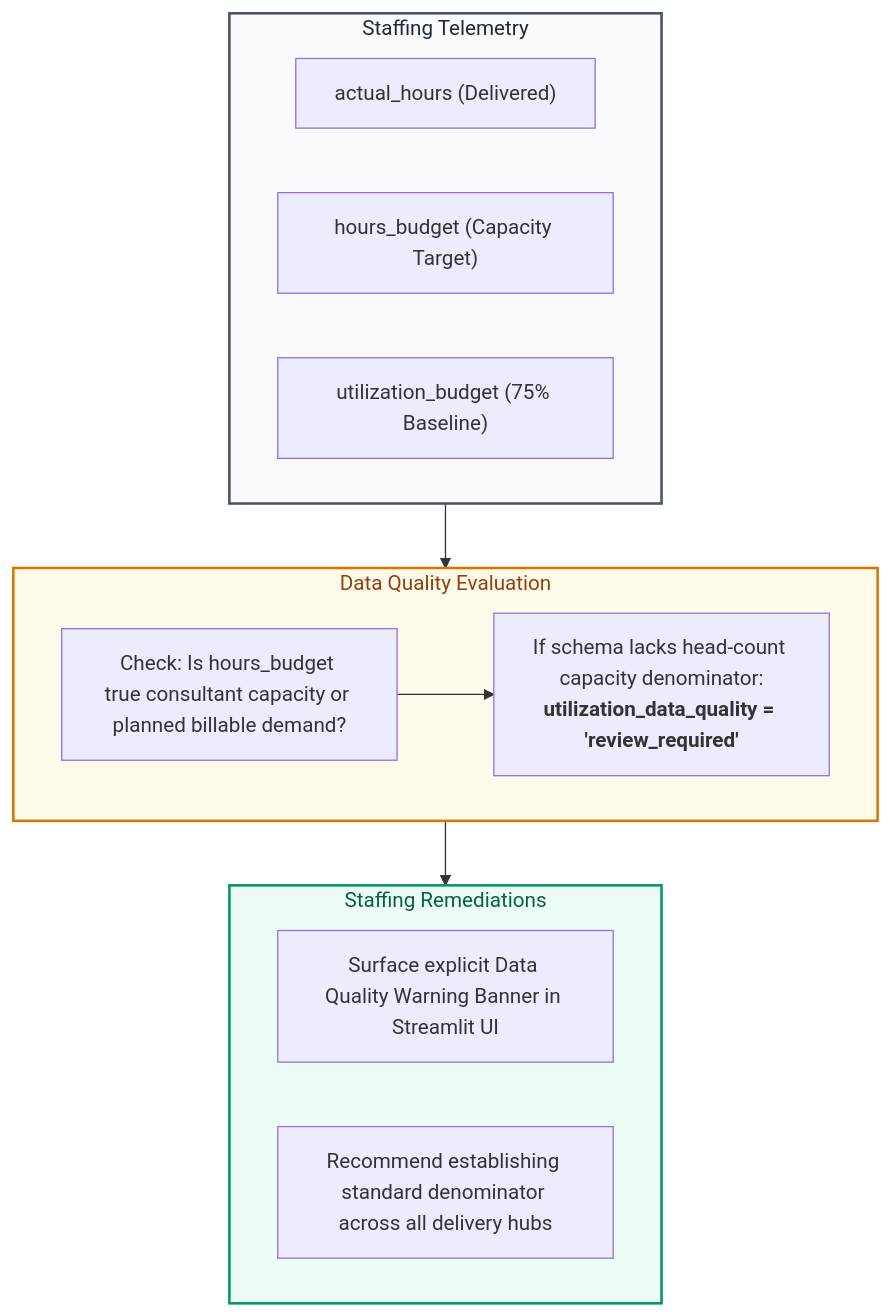
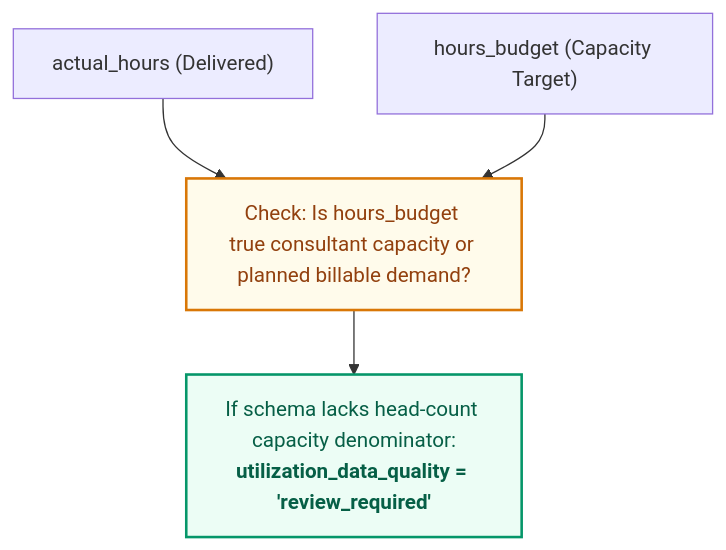
One commit to VED-VIVEK-TALMALEY/x-fin changed the third of 3 diagrams in docs/INTELLIGENCE.md. Above: the diagram before and after it, drawn with Mermaid. The commit also changed other lines of this file and 6 other files, not shown here.

````diff
--- a/docs/INTELLIGENCE.md
+++ b/docs/INTELLIGENCE.md
@@ -164,25 +144,13 @@
 ```mermaid
 flowchart TD
-    subgraph Telemetry["Staffing Telemetry"]
-        ACT_HRS["actual_hours (Delivered)"]
-        BDG_HRS["hours_budget (Capacity Target)"]
-        UTIL_BDG["utilization_budget (75% Baseline)"]
-    end
+    ACT_HRS["actual_hours (Delivered)"]
+    BDG_HRS["hours_budget (Capacity Target)"]
+    
+    CHK["Check: Is hours_budget true consultant capacity or planned billable demand?"]
+    FLAG["If schema lacks head-count capacity denominator:<br/><b>utilization_data_quality = 'review_required'</b>"]
+    
+    ACT_HRS & BDG_HRS --> CHK --> FLAG
 
-    subgraph Eval["Data Quality Evaluation"]
-        CHK["Check: Is hours_budget true consultant capacity or planned billable demand?"]
-        FLAG["If schema lacks head-count capacity denominator:<br/><b>utilization_data_quality = 'review_required'</b>"]
-        CHK --> FLAG
-    end
-
-    subgraph Actions["Staffing Remediations"]
-        STF_INS["Surface explicit Data Quality Warning Banner in Streamlit UI"]
-        STF_REC["Recommend establishing standard denominator across all delivery hubs"]
-    end
-
-    Telemetry --> Eval --> Actions
-
-    style Telemetry fill:#F8FAFC,stroke:#475569,stroke-width:2px,color:#1E293B
-    style Eval fill:#FFFBEB,stroke:#D97706,stroke-width:2px,color:#92400E
-    style Actions fill:#ECFDF5,stroke:#059669,stroke-width:2px,color:#065F46
+    style CHK fill:#FFFBEB,stroke:#D97706,stroke-width:2px,color:#92400E
+    style FLAG fill:#ECFDF5,stroke:#059669,stroke-width:2px,color:#065F46
 ```
````
